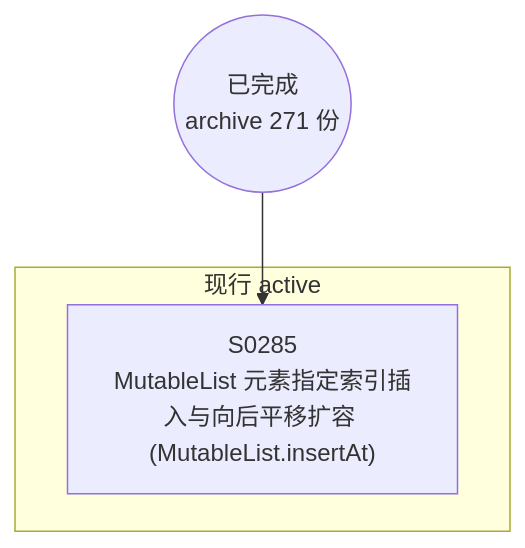
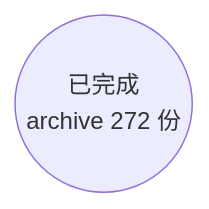
One commit to Halckon/Koven changed the diagram in docs/specs/dependency-graph.md. Above: the diagram before and after it, drawn with Mermaid. The commit also changed other lines of this file and 7 other files, not shown here.

Commit message:
docs(spec): archive SPEC-0285 MutableList.insertAt

````diff
--- a/docs/specs/dependency-graph.md
+++ b/docs/specs/dependency-graph.md
@@ -9,8 +9,4 @@
 ```mermaid
 flowchart TD
-ARCH(("已完成<br/>archive 271 份"))
-subgraph Gactive["现行 active"]
-  S0285["S0285<br/>MutableList 元素指定索引插入与向后平移扩容 (MutableList.insertAt)"]
-end
-ARCH --> S0285
+ARCH(("已完成<br/>archive 272 份"))
 ```
````
